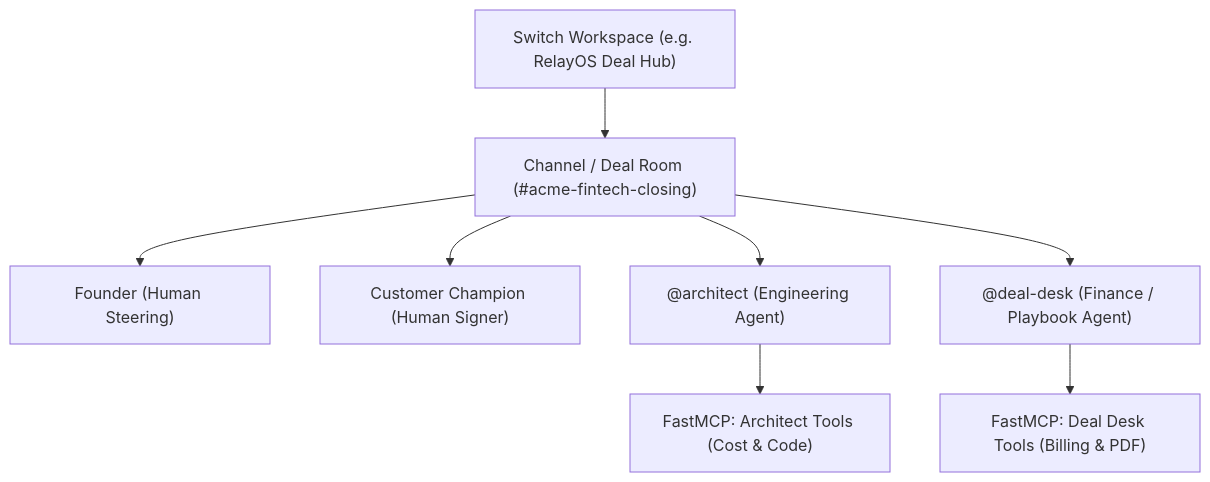
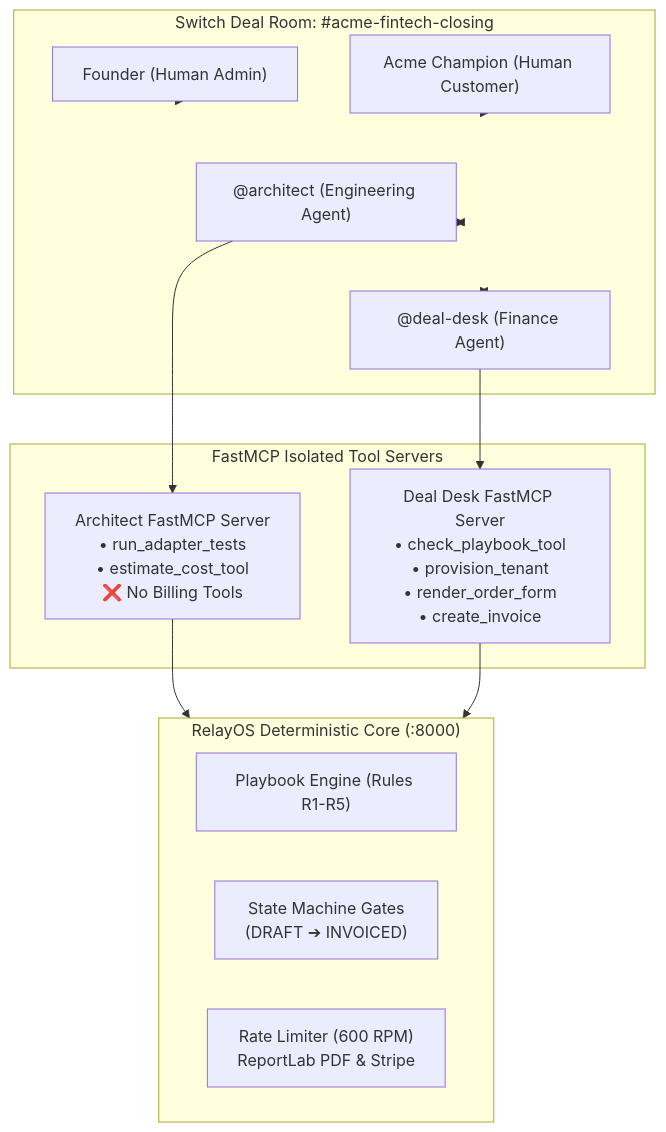
Before and after one commit to aiwithrajan/RelayOS: the diagram in docs/BLOG_POST.md, drawn with Mermaid. The commit also changed other lines of this file, not shown here.

````diff
--- a/docs/BLOG_POST.md
+++ b/docs/BLOG_POST.md
@@ -30,19 +46,29 @@
 ```mermaid
 graph TD
-    Workspace["Switch Workspace (e.g. RelayOS Deal Hub)"]
-    Channel["Channel / Deal Room (#acme-fintech-closing)"]
-    HumanFounder["Founder (Human Steering)"]
-    HumanCustomer["Customer Champion (Human Signer)"]
-    AgentArchitect["@architect (Engineering Agent)"]
-    AgentDealDesk["@deal-desk (Finance / Playbook Agent)"]
-    MCPServer1["FastMCP: Architect Tools (Cost & Code)"]
-    MCPServer2["FastMCP: Deal Desk Tools (Billing & PDF)"]
+    subgraph SwitchRoom ["Switch Deal Room: #acme-fintech-closing"]
+        Founder["Founder (Human Admin)"]
+        Champion["Acme Champion (Human Customer)"]
+        Architect["@architect (Engineering Agent)"]
+        DealDesk["@deal-desk (Finance Agent)"]
+    end
 
-    Workspace --> Channel
-    Channel --> HumanFounder
-    Channel --> HumanCustomer
-    Channel --> AgentArchitect
-    AgentArchitect --> MCPServer1
-    Channel --> AgentDealDesk
-    AgentDealDesk --> MCPServer2
+    subgraph FastMCP ["FastMCP Isolated Tool Servers"]
+        ArchMCP["Architect FastMCP Server<br/>• run_adapter_tests<br/>• estimate_cost_tool<br/>❌ No Billing Tools"]
+        DeskMCP["Deal Desk FastMCP Server<br/>• check_playbook_tool<br/>• provision_tenant<br/>• render_order_form<br/>• create_invoice"]
+    end
+
+    subgraph CoreBackend ["RelayOS Deterministic Core (:8000)"]
+        Playbook["Playbook Engine (Rules R1-R5)"]
+        StateMachine["State Machine Gates<br/>(DRAFT ➔ INVOICED)"]
+        Fulfillment["Rate Limiter (600 RPM)<br/>ReportLab PDF & Stripe"]
+    end
+
+    Founder --> SwitchRoom
+    Champion --> SwitchRoom
+    SwitchRoom <--> Architect
+    SwitchRoom <--> DealDesk
+    Architect --> ArchMCP
+    DealDesk --> DeskMCP
+    ArchMCP --> CoreBackend
+    DeskMCP --> CoreBackend
 ```
````
